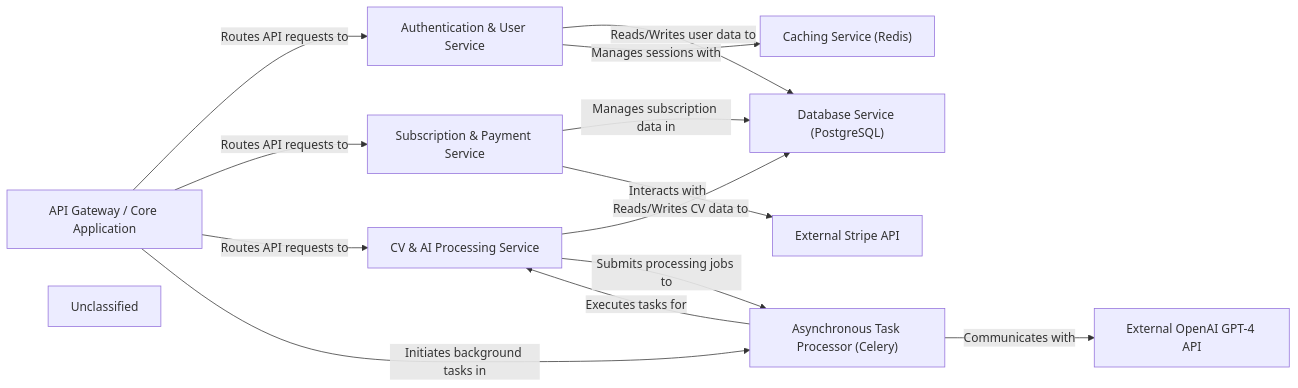
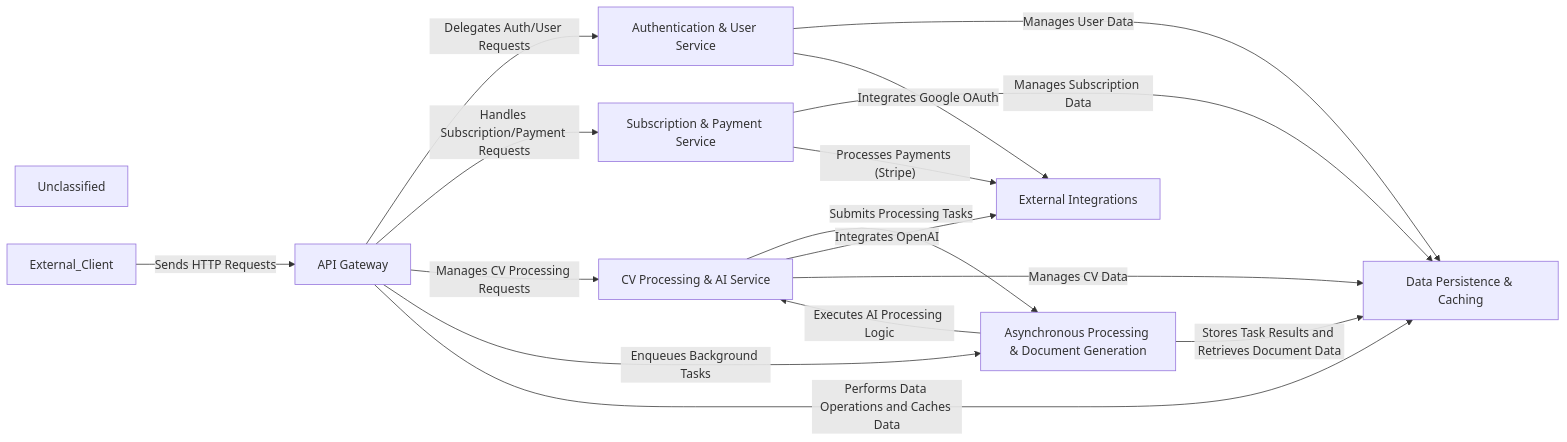
One commit to CodeBoarding/GeneratedOnBoardings changed the diagram in cvimprover-api/on_boarding.md. Above: the diagram before and after it, drawn with Mermaid. The commit also changed other lines of this file and 11 other files, not shown here.

Commit message:
Uploading onboarding materials for cvimprover-api

````diff
--- a/cvimprover-api/on_boarding.md
+++ b/cvimprover-api/on_boarding.md
@@ -1,33 +1,29 @@
 ```mermaid
 graph LR
-    API_Gateway_Core_Application["API Gateway / Core Application"]
+    API_Gateway["API Gateway"]
     Authentication_User_Service["Authentication & User Service"]
     Subscription_Payment_Service["Subscription & Payment Service"]
-    CV_AI_Processing_Service["CV & AI Processing Service"]
-    Asynchronous_Task_Processor_Celery_["Asynchronous Task Processor (Celery)"]
-    Database_Service_PostgreSQL_["Database Service (PostgreSQL)"]
-    Caching_Service_Redis_["Caching Service (Redis)"]
-    External_Stripe_API["External Stripe API"]
-    External_OpenAI_GPT_4_API["External OpenAI GPT-4 API"]
+    CV_Processing_AI_Service["CV Processing & AI Service"]
+    Asynchronous_Processing_Document_Generation["Asynchronous Processing & Document Generation"]
+    Data_Persistence_Caching["Data Persistence & Caching"]
+    External_Integrations["External Integrations"]
     Unclassified["Unclassified"]
-    API_Gateway_Core_Application -- "Routes API requests to" --> Authentication_User_Service
-    API_Gateway_Core_Application -- "Routes API requests to" --> Subscription_Payment_Service
-    API_Gateway_Core_Application -- "Routes API requests to" --> CV_AI_Processing_Service
-    API_Gateway_Core_Application -- "Initiates background tasks in" --> Asynchronous_Task_Processor_Celery_
-    Authentication_User_Service -- "Reads/Writes user data to" --> Database_Service_PostgreSQL_
-    Authentication_User_Service -- "Manages sessions with" --> Caching_Service_Redis_
-    Subscription_Payment_Service -- "Manages subscription data in" --> Database_Service_PostgreSQL_
-    Subscription_Payment_Service -- "Interacts with" --> External_Stripe_API
-    CV_AI_Processing_Service -- "Reads/Writes CV data to" --> Database_Service_PostgreSQL_
-    CV_AI_Processing_Service -- "Submits processing jobs to" --> Asynchronous_Task_Processor_Celery_
-    Asynchronous_Task_Processor_Celery_ -- "Communicates with" --> External_OpenAI_GPT_4_API
-    Asynchronous_Task_Processor_Celery_ -- "Executes tasks for" --> CV_AI_Processing_Service
-    click API_Gateway_Core_Application href "https://github.com/CodeBoarding/GeneratedOnBoardings/blob/main/cvimprover-api/API_Gateway_Core_Application.md" "Details"
-    click Authentication_User_Service href "https://github.com/CodeBoarding/GeneratedOnBoardings/blob/main/cvimprover-api/Authentication_User_Service.md" "Details"
-    click Subscription_Payment_Service href "https://github.com/CodeBoarding/GeneratedOnBoardings/blob/main/cvimprover-api/Subscription_Payment_Service.md" "Details"
-    click CV_AI_Processing_Service href "https://github.com/CodeBoarding/GeneratedOnBoardings/blob/main/cvimprover-api/CV_AI_Processing_Service.md" "Details"
-    click Asynchronous_Task_Processor_Celery_ href "https://github.com/CodeBoarding/GeneratedOnBoardings/blob/main/cvimprover-api/Asynchronous_Task_Processor_Celery_.md" "Details"
-    click Caching_Service_Redis_ href "https://github.com/CodeBoarding/GeneratedOnBoardings/blob/main/cvimprover-api/Caching_Service_Redis_.md" "Details"
-    click External_Stripe_API href "https://github.com/CodeBoarding/GeneratedOnBoardings/blob/main/cvimprover-api/External_Stripe_API.md" "Details"
-    click External_OpenAI_GPT_4_API href "https://github.com/CodeBoarding/GeneratedOnBoardings/blob/main/cvimprover-api/External_OpenAI_GPT_4_API.md" "Details"
+    External_Client -- "Sends HTTP Requests" --> API_Gateway
+    API_Gateway -- "Delegates Auth/User Requests" --> Authentication_User_Service
+    API_Gateway -- "Handles Subscription/Payment Requests" --> Subscription_Payment_Service
+    API_Gateway -- "Manages CV Processing Requests" --> CV_Processing_AI_Service
+    API_Gateway -- "Enqueues Background Tasks" --> Asynchronous_Processing_Document_Generation
+    API_Gateway -- "Performs Data Operations and Caches Data" --> Data_Persistence_Caching
+    Authentication_User_Service -- "Manages User Data" --> Data_Persistence_Caching
+    Authentication_User_Service -- "Integrates Google OAuth" --> External_Integrations
+    Subscription_Payment_Service -- "Manages Subscription Data" --> Data_Persistence_Caching
+    Subscription_Payment_Service -- "Processes Payments (Stripe)" --> External_Integrations
+    CV_Processing_AI_Service -- "Submits Processing Tasks" --> Asynchronous_Processing_Document_Generation
+    CV_Processing_AI_Service -- "Integrates OpenAI" --> External_Integrations
+    CV_Processing_AI_Service -- "Manages CV Data" --> Data_Persistence_Caching
+    Asynchronous_Processing_Document_Generation -- "Executes AI Processing Logic" --> CV_Processing_AI_Service
+    Asynchronous_Processing_Document_Generation -- "Stores Task Results and Retrieves Document Data" --> Data_Persistence_Caching
+    click API_Gateway href "https://github.com/CodeBoarding/GeneratedOnBoardings/blob/main/cvimprover-api/API_Gateway.md" "Details"
+    click Asynchronous_Processing_Document_Generation href "https://github.com/CodeBoarding/GeneratedOnBoardings/blob/main/cvimprover-api/Asynchronous_Processing_Document_Generation.md" "Details"
+    click Data_Persistence_Caching href "https://github.com/CodeBoarding/GeneratedOnBoardings/blob/main/cvimprover-api/Data_Persistence_Caching.md" "Details"
 ```
````
